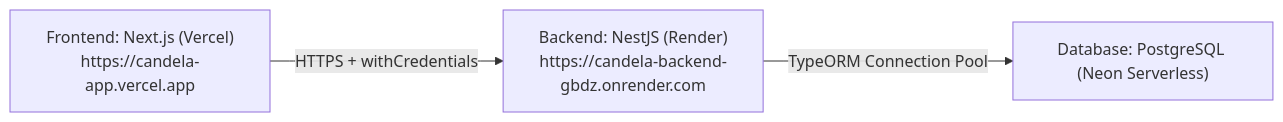
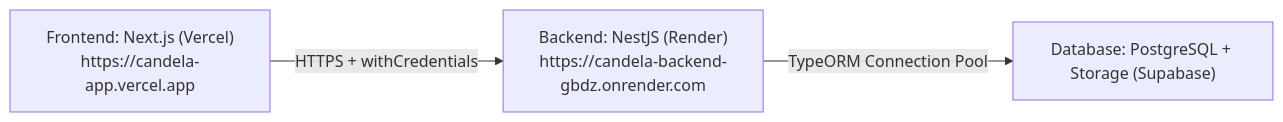
One commit to candela-app/Candela changed the diagram in docs/DEPLOYMENT_AND_ENV.md. Above: the diagram before and after it, drawn with Mermaid. The commit also changed other lines of this file and 9 other files, not shown here.

Commit message:
chore: update database configuration to use Supabase, including changes to environment variables and documentation

````diff
--- a/docs/DEPLOYMENT_AND_ENV.md
+++ b/docs/DEPLOYMENT_AND_ENV.md
@@ -5,9 +5,9 @@
 ```mermaid
 graph LR
     Vercel["Frontend: Next.js (Vercel)\nhttps://candela-app.vercel.app"]
     Render["Backend: NestJS (Render)\nhttps://candela-backend-gbdz.onrender.com"]
-    Neon["Database: PostgreSQL (Neon Serverless)"]
+    Supabase["Database: PostgreSQL + Storage (Supabase)"]
 
     Vercel -->|HTTPS + withCredentials| Render
-    Render -->|TypeORM Connection Pool| Neon
+    Render -->|TypeORM Connection Pool| Supabase
 ```
````
